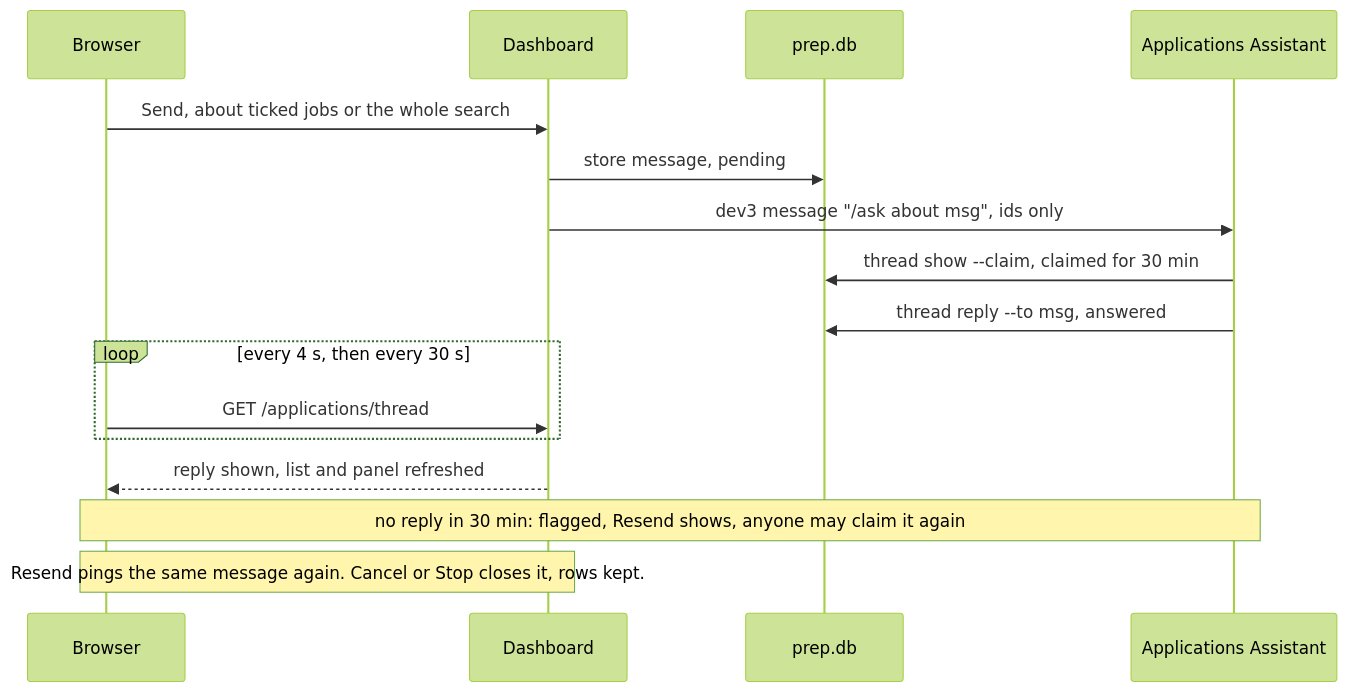
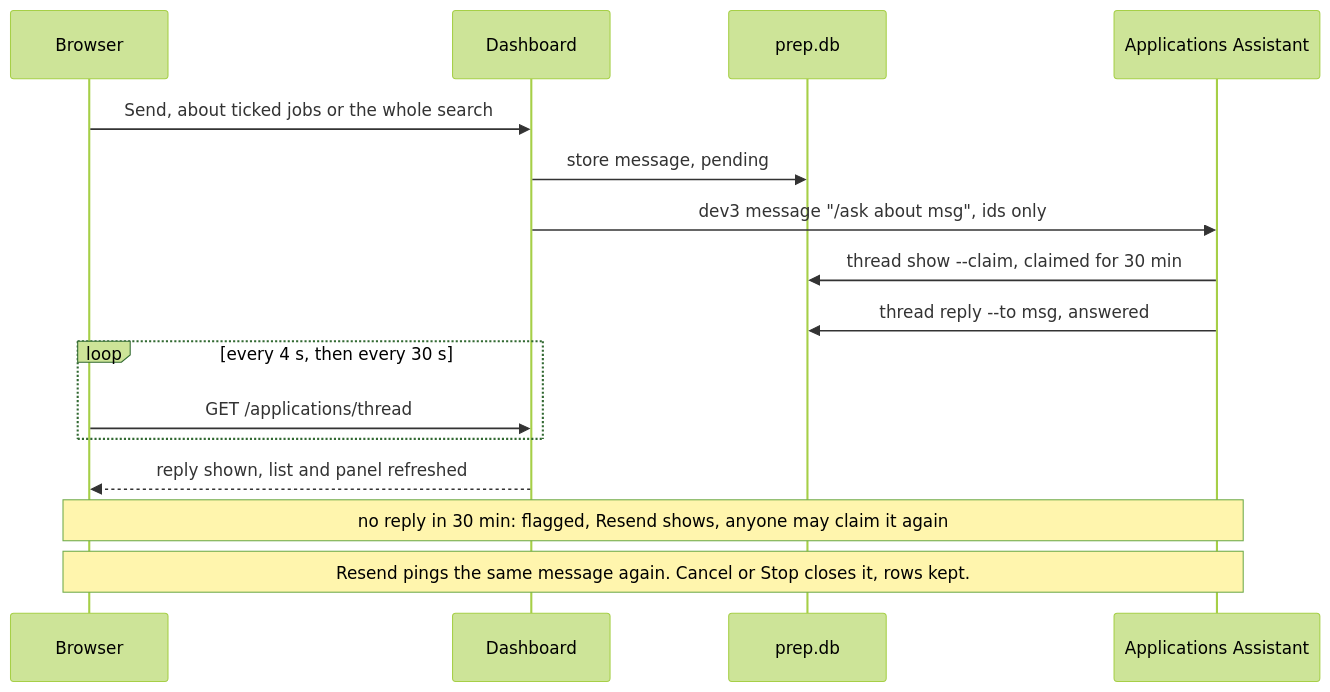
Before and after one commit to Pavlana/hirey: the third of 9 diagrams in docs/how-it-works.md, drawn with Mermaid (forest theme). The commit also changed other lines of this file, not shown here.

Commit message:
Docs: top-down overview diagrams so they read at GitHub's width

````diff
--- a/docs/how-it-works.md
+++ b/docs/how-it-works.md
@@ -131,18 +131,18 @@
 ```mermaid
 sequenceDiagram
     participant B as Browser
     participant W as Dashboard
     participant DB as prep.db
     participant A as Applications Assistant
     B->>W: Send, about ticked jobs or the whole search
     W->>DB: store message, pending
     W->>A: dev3 message "/ask about msg", ids only
     A->>DB: thread show --claim, claimed for 30 min
     A->>DB: thread reply --to msg, answered
     loop every 4 s, then every 30 s
         B->>W: GET /applications/thread
     end
     W-->>B: reply shown, list and panel refreshed
     Note over B,A: no reply in 30 min: flagged, Resend shows, anyone may claim it again
-    Note over B,W: Resend pings the same message again. Cancel or Stop closes it, rows kept.
+    Note over B,A: Resend pings the same message again. Cancel or Stop closes it, rows kept.
 ```
````
